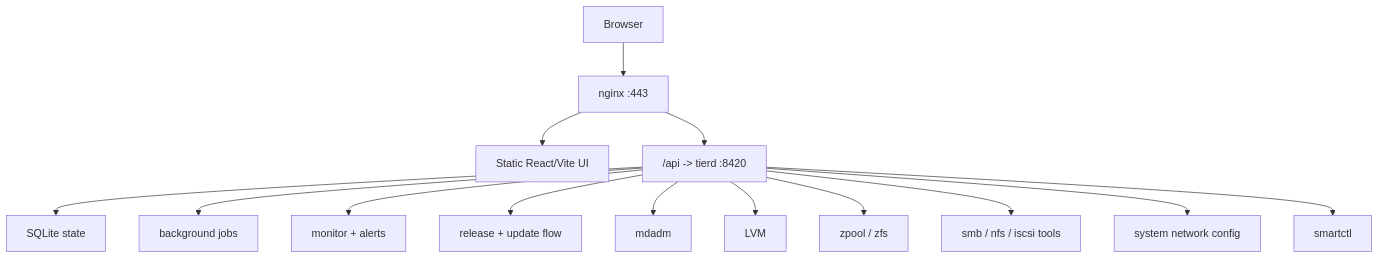
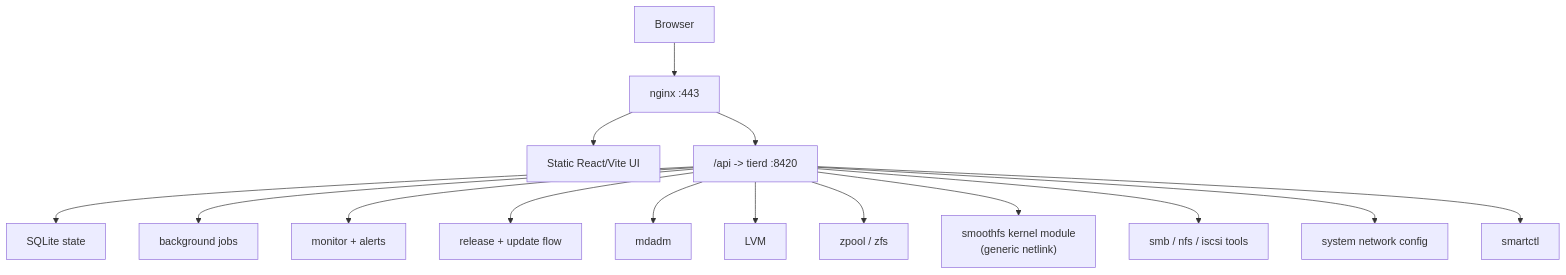
Before and after one commit to RakuenSoftware/smoothnas: the first of 5 diagrams in docs/ARCHITECTURE.md, drawn with Mermaid. The commit also changed other lines of this file and 375 other files, not shown here.

````diff
--- a/docs/ARCHITECTURE.md
+++ b/docs/ARCHITECTURE.md
@@ -7,18 +7,19 @@
 ```mermaid
 flowchart TD
     Browser["Browser"] --> HTTPS["nginx :443"]
     HTTPS --> UI["Static React/Vite UI"]
     HTTPS --> API["/api -> tierd :8420"]
 
     API --> DB["SQLite state"]
     API --> Jobs["background jobs"]
     API --> Monitor["monitor + alerts"]
     API --> Updater["release + update flow"]
 
     API --> Mdadm["mdadm"]
     API --> LVM["LVM"]
     API --> ZFS["zpool / zfs"]
+    API --> Smoothfs["smoothfs kernel module\n(generic netlink)"]
     API --> Sharing["smb / nfs / iscsi tools"]
     API --> Network["system network config"]
     API --> Smart["smartctl"]
 ```
````
